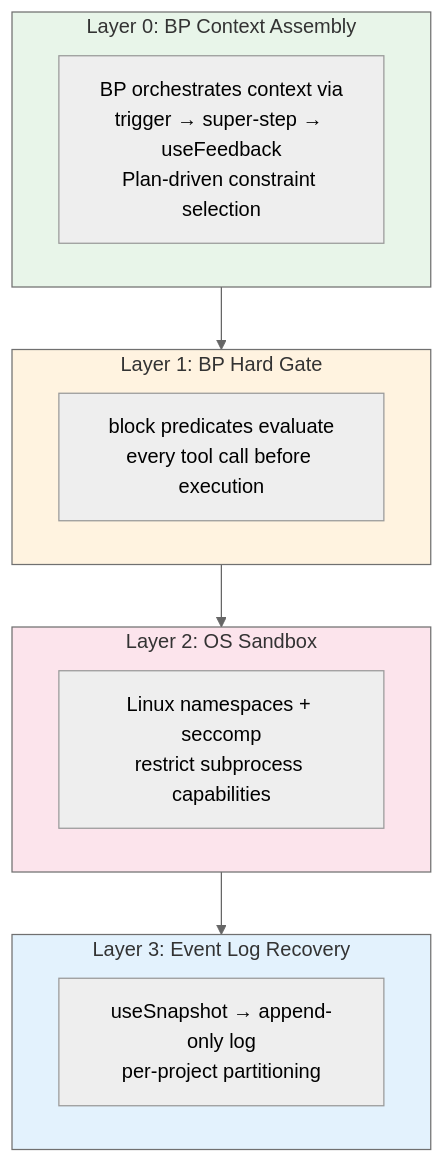
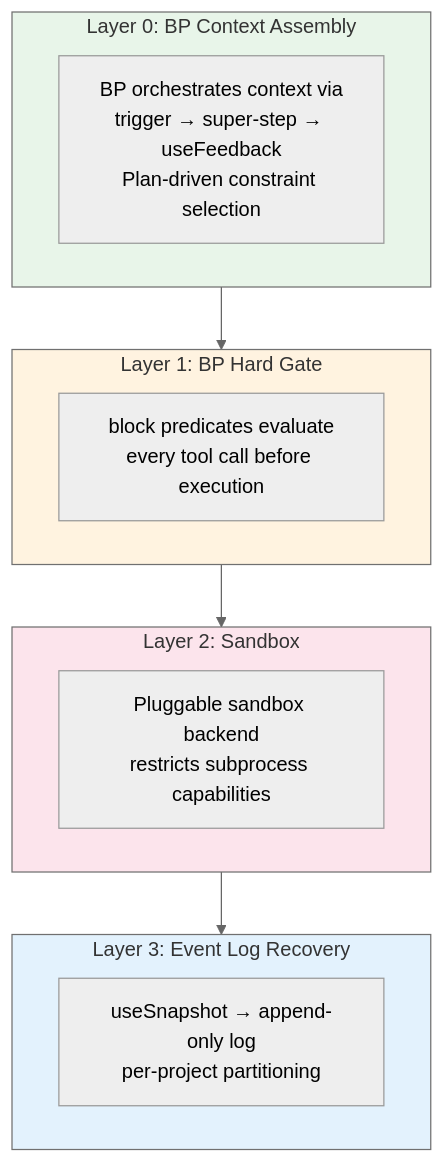
One commit to plaited/plaited changed the third of 3 diagrams in docs/SYSTEM-DESIGN-V3.md. Above: the diagram before and after it, drawn with Mermaid (neutral theme). The commit also changed other lines of this file, not shown here.

First line of the commit message:
docs(agent): reframe Layer 2 as pluggable sandbox with security contract

````diff
--- a/docs/SYSTEM-DESIGN-V3.md
+++ b/docs/SYSTEM-DESIGN-V3.md
@@ -641,25 +641,25 @@
 ```mermaid
 graph TD
     subgraph L0["Layer 0: BP Context Assembly"]
         INJ["BP orchestrates context via<br/>trigger → super-step → useFeedback<br/>Plan-driven constraint selection"]
     end
 
     subgraph L1["Layer 1: BP Hard Gate"]
         GATE["block predicates evaluate<br/>every tool call before execution"]
     end
 
-    subgraph L2["Layer 2: OS Sandbox"]
-        SB["Linux namespaces + seccomp<br/>restrict subprocess capabilities"]
+    subgraph L2["Layer 2: Sandbox"]
+        SB["Pluggable sandbox backend<br/>restricts subprocess capabilities"]
     end
 
     subgraph L3["Layer 3: Event Log Recovery"]
         GIT["useSnapshot → append-only log<br/>per-project partitioning"]
     end
 
     L0 --> L1 --> L2 --> L3
 
     style L0 fill:#e8f5e9
     style L1 fill:#fff3e0
     style L2 fill:#fce4ec
     style L3 fill:#e3f2fd
 ```
````
